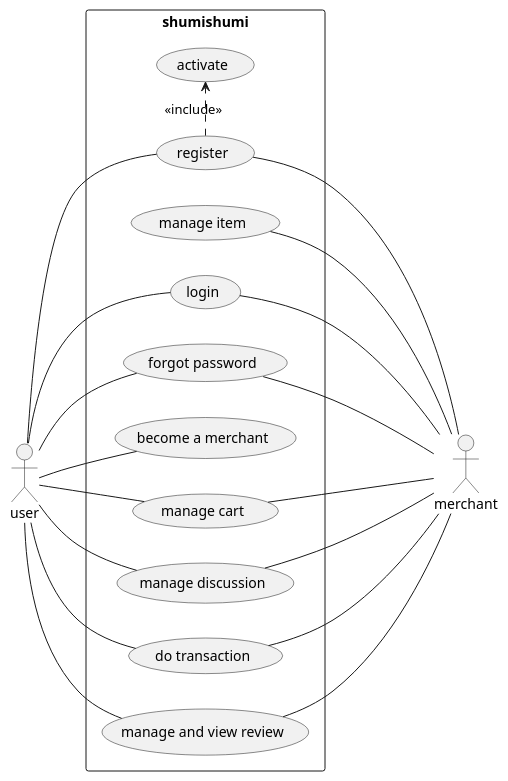
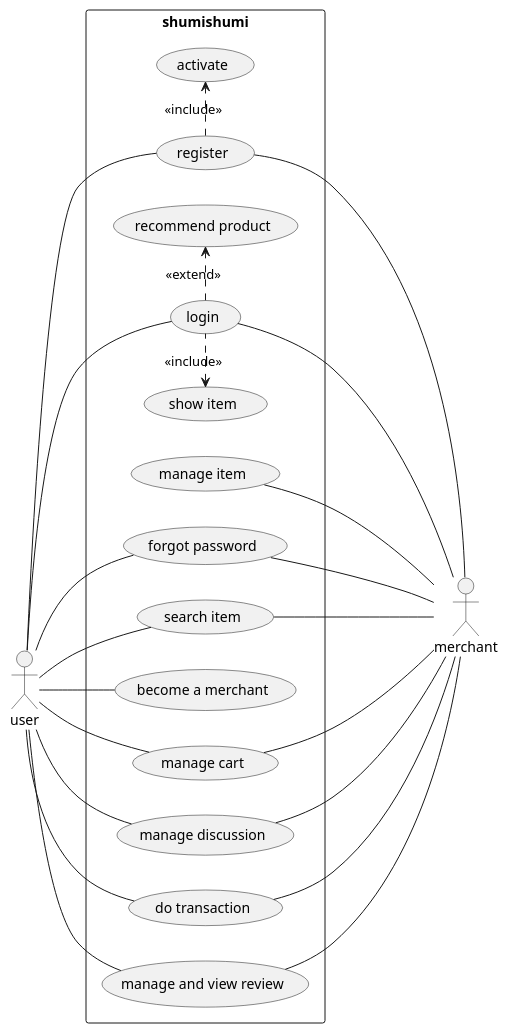
One commit to aldihsuhandi/skripsi-2023 changed the diagram in uml/usecase diagram.pu. Above: the diagram before and after it, drawn with PlantUML. The commit also changed 5 other files, not shown here.

Commit message:
progress activity diagram and update usecase

```diff
--- a/uml/usecase diagram.pu
+++ b/uml/usecase diagram.pu
@@ -1,60 +1,72 @@
 @startuml usecase diagram
 
 left to right direction
 
 skinparam actor {
     Location right
     StereotypeFontStyle bold
 }
 
 actor user as u
 actor merchant as m
 
 rectangle shumishumi {
     usecase "manage item" as manage_item
 
     usecase "login" as login
     usecase "activate" as activate
     usecase "register" as register
     usecase "forgot password" as forgotpassword
 
+    usecase "recommend product" as recommend
+    usecase "show item" as show
+
+    usecase "search item" as search
+
     usecase "become a merchant" as be_merchant
 
     usecase "manage cart" as cart
     usecase "manage discussion" as discussion
 
     usecase "do transaction" as trx
     usecase "manage and view review" as review
 }
 
 ' user
 u -- login
+
+u -- search
+
 u -- register
 u -- forgotpassword
 u -- be_merchant
 
 u -- cart
 u -- discussion
 
 u -- trx
 
 u -- review
 
 ' merchant
 login -- m
 register -- m
 forgotpassword -- m
 
+search -- m
+
 cart --- m
 discussion -- m
 
 trx -- m
 
 review -- m
 
 manage_item -- m
 
 
 register .> activate : <<include>>
+login .> recommend : <<extend>>
+show <. login : <<include>>
 
 @enduml
```
